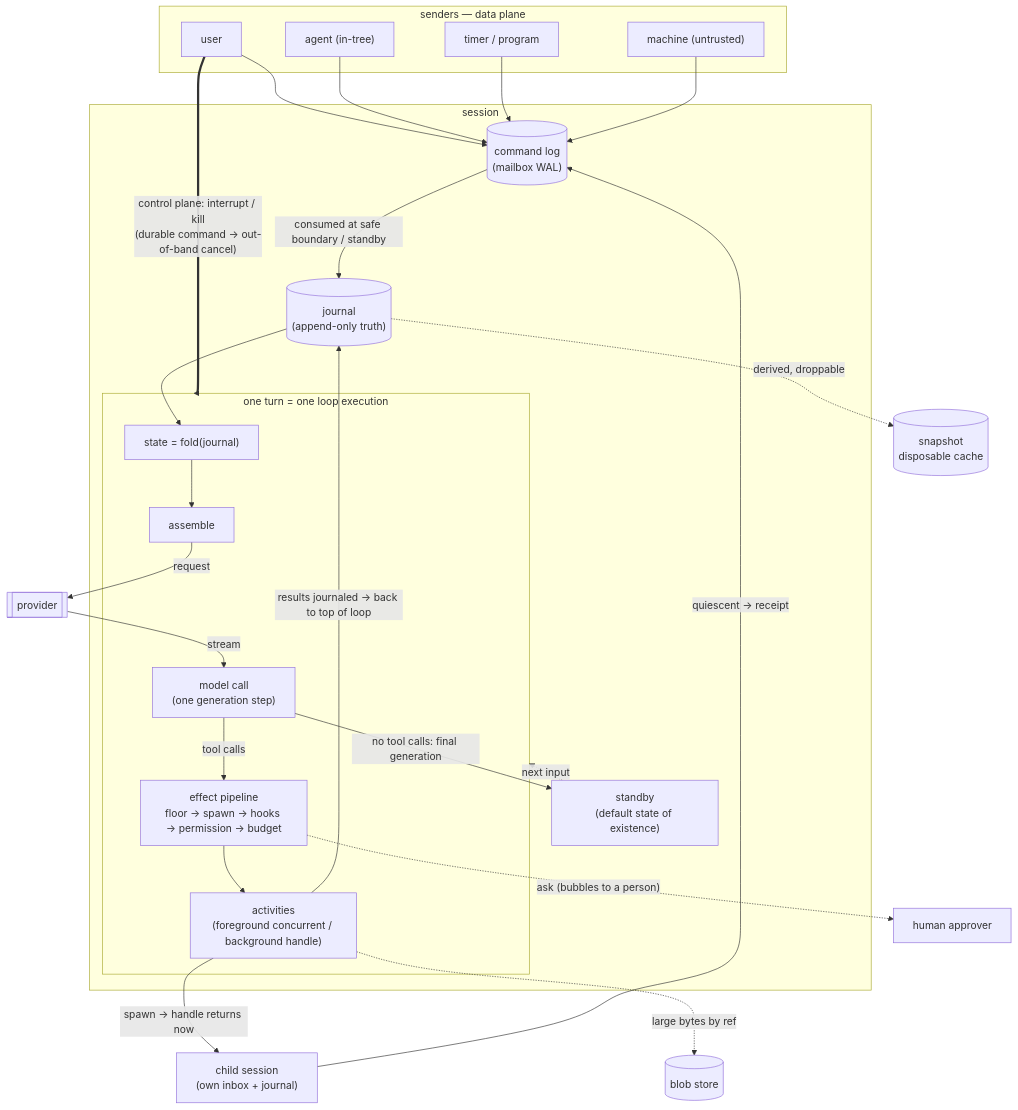
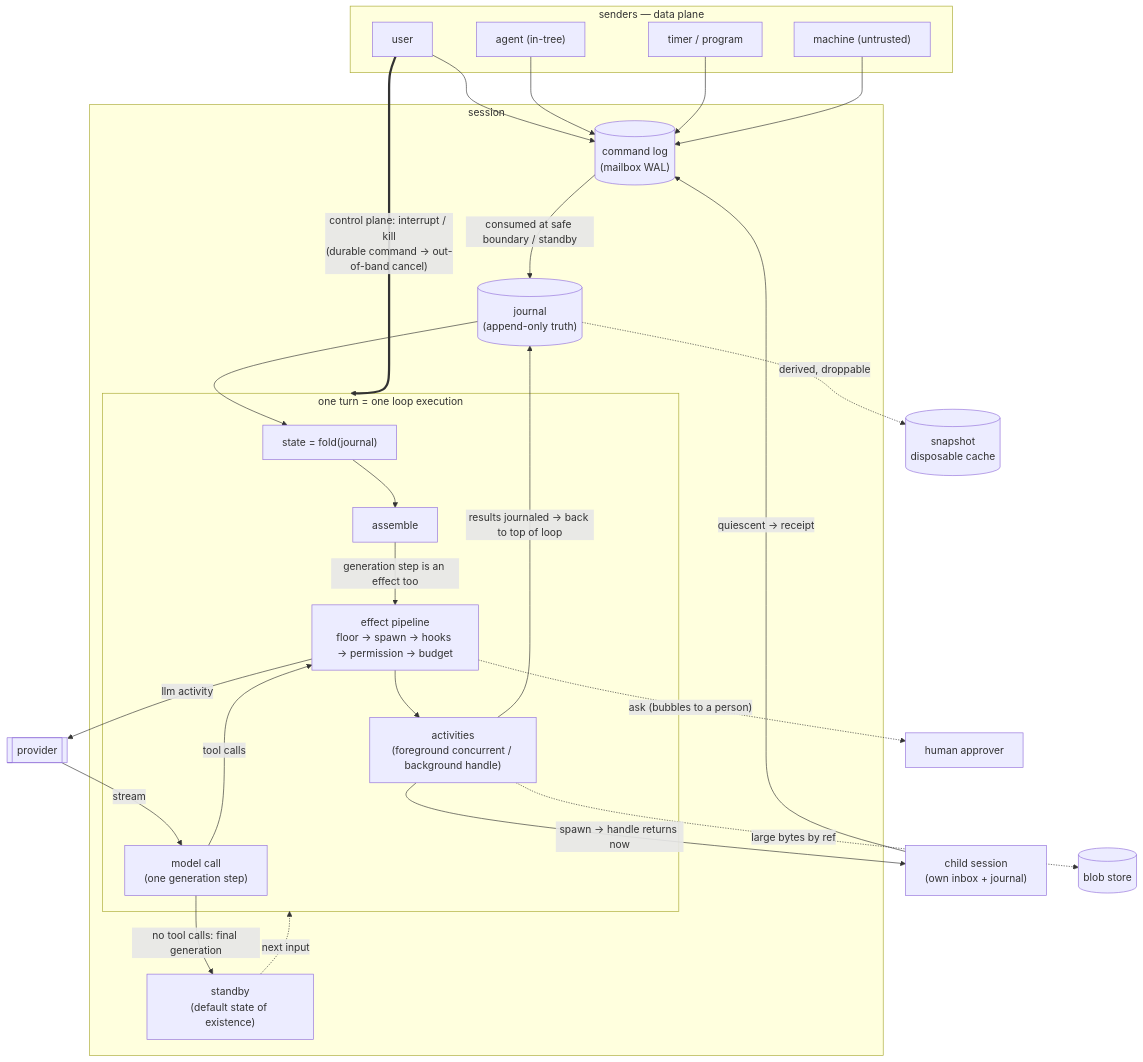
The diagram in docs/agent-runtime-design.md (ralphite/agentrunner), drawn with Mermaid before and after one commit. The commit also changed other lines of this file and 1 other file, not shown here.

Commit message:
docs: 修图与补文——generation step 也过 effect pipeline
图原先只把 tool calls 画进管线,模型调用看似绕过关卡直达 provider。
改为 assemble → pipeline（llm activity）→ provider → 模型调用;
§6 补一条 bullet:每个 generation step 过同一排关卡——budget 按预估
预留、按归一化 usage 结算,per-turn step 上限在同一关卡执行。中英同步。

````diff
--- a/docs/agent-runtime-design.md
+++ b/docs/agent-runtime-design.md
@@ -127,47 +127,49 @@
 ```mermaid
 flowchart TD
   subgraph SENDERS["senders — data plane"]
     U["user"]
     A["agent (in-tree)"]
     TP["timer / program"]
     M["machine (untrusted)"]
   end
 
   subgraph SESSION["session"]
     CL[("command log<br/>(mailbox WAL)")]
     J[("journal<br/>(append-only truth)")]
     SB["standby<br/>(default state of existence)"]
     subgraph TURN["one turn = one loop execution"]
       F["state = fold(journal)"]
       AS["assemble"]
       MC["model call<br/>(one generation step)"]
       EP["effect pipeline<br/>floor → spawn → hooks → permission → budget"]
       AC["activities<br/>(foreground concurrent / background handle)"]
     end
   end
 
   PR[["provider"]]
   HU["human approver"]
   CH["child session<br/>(own inbox + journal)"]
   BS[("blob store")]
   SN[("snapshot<br/>disposable cache")]
 
   U --> CL
   A --> CL
   TP --> CL
   M --> CL
   CL -- "consumed at safe boundary / standby" --> J
   J --> F --> AS
-  AS -- "request" --> PR
+  AS -- "generation step is an effect too" --> EP
+  EP -- "llm activity" --> PR
   PR -- "stream" --> MC
-  MC -- "tool calls" --> EP --> AC
+  MC -- "tool calls" --> EP
+  EP --> AC
   AC -- "results journaled → back to top of loop" --> J
   MC -- "no tool calls: final generation" --> SB
   SB -. "next input" .-> TURN
   EP -. "ask (bubbles to a person)" .-> HU
   AC -- "spawn → handle returns now" --> CH
   CH -- "quiescent → receipt" --> CL
   U =="control plane: interrupt / kill<br/>(durable command → out-of-band cancel)"==> TURN
   AC -. "large bytes by ref" .-> BS
   J -. "derived, droppable" .-> SN
 ```
````
